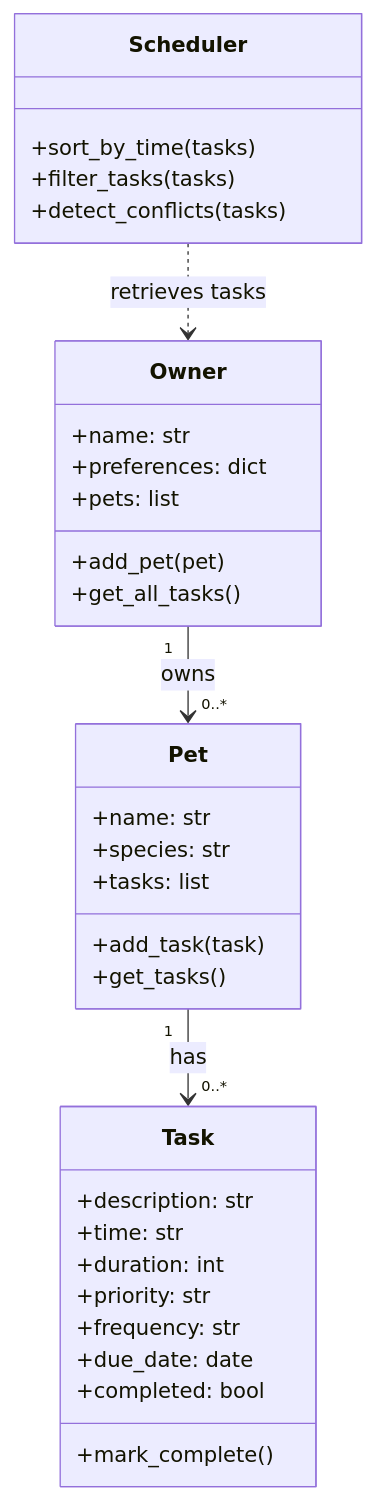
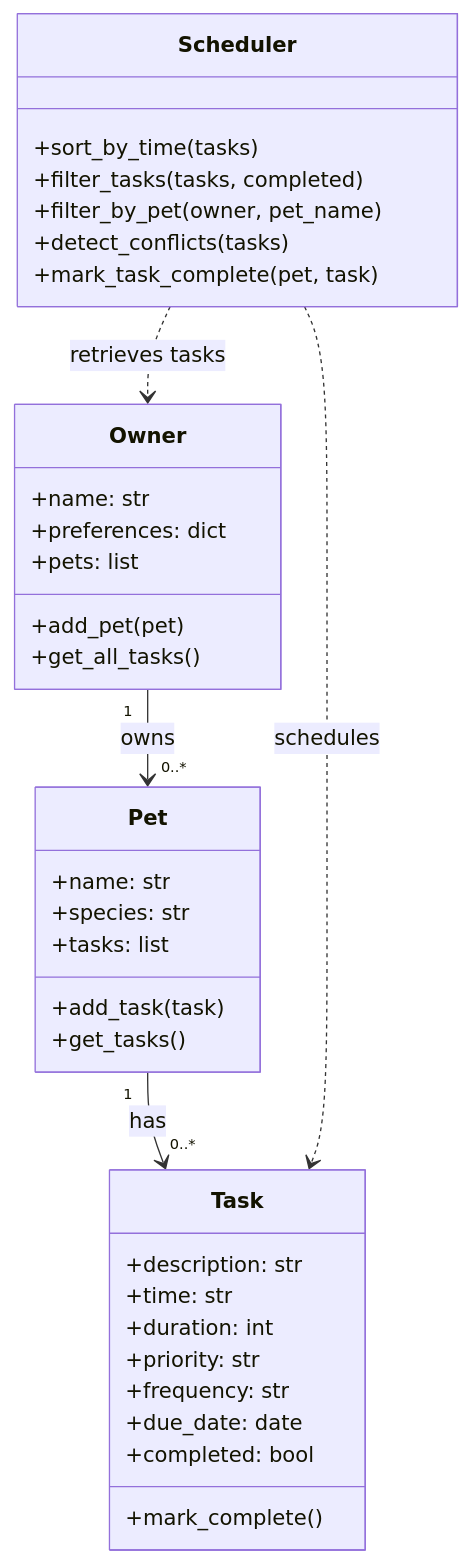
The diagram in diagrams/uml.mmd (howardwilliams108/ai110-module2show-pawpal-starter), drawn with Mermaid before and after one commit. The commit also changed other lines of this file and 7 other files, not shown here.

```diff
--- a/diagrams/uml.mmd
+++ b/diagrams/uml.mmd
@@ -1,38 +1,42 @@
+
 
 classDiagram
     class Owner {
         +name: str
         +preferences: dict
         +pets: list
         +add_pet(pet)
         +get_all_tasks()
     }
 
     class Pet {
         +name: str
         +species: str
         +tasks: list
         +add_task(task)
         +get_tasks()
     }
 
     class Task {
         +description: str
         +time: str
         +duration: int
         +priority: str
         +frequency: str
         +due_date: date
         +completed: bool
         +mark_complete()
     }
 
     class Scheduler {
         +sort_by_time(tasks)
-        +filter_tasks(tasks)
+        +filter_tasks(tasks, completed)
+        +filter_by_pet(owner, pet_name)
         +detect_conflicts(tasks)
+        +mark_task_complete(pet, task)
     }
 
     Owner "1" --> "0..*" Pet : owns
     Pet "1" --> "0..*" Task : has
     Scheduler ..> Owner : retrieves tasks
+    Scheduler ..> Task : schedules
```
